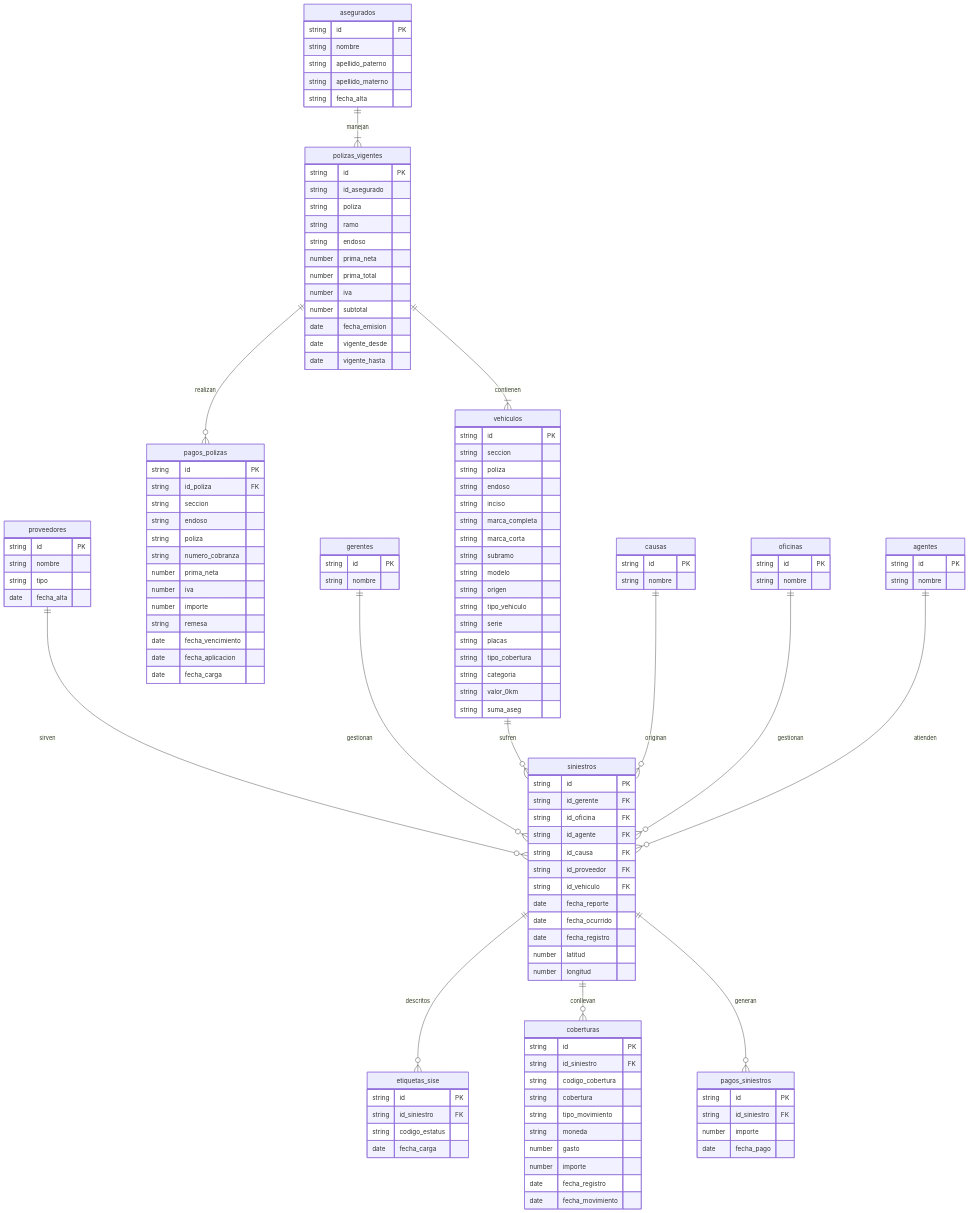
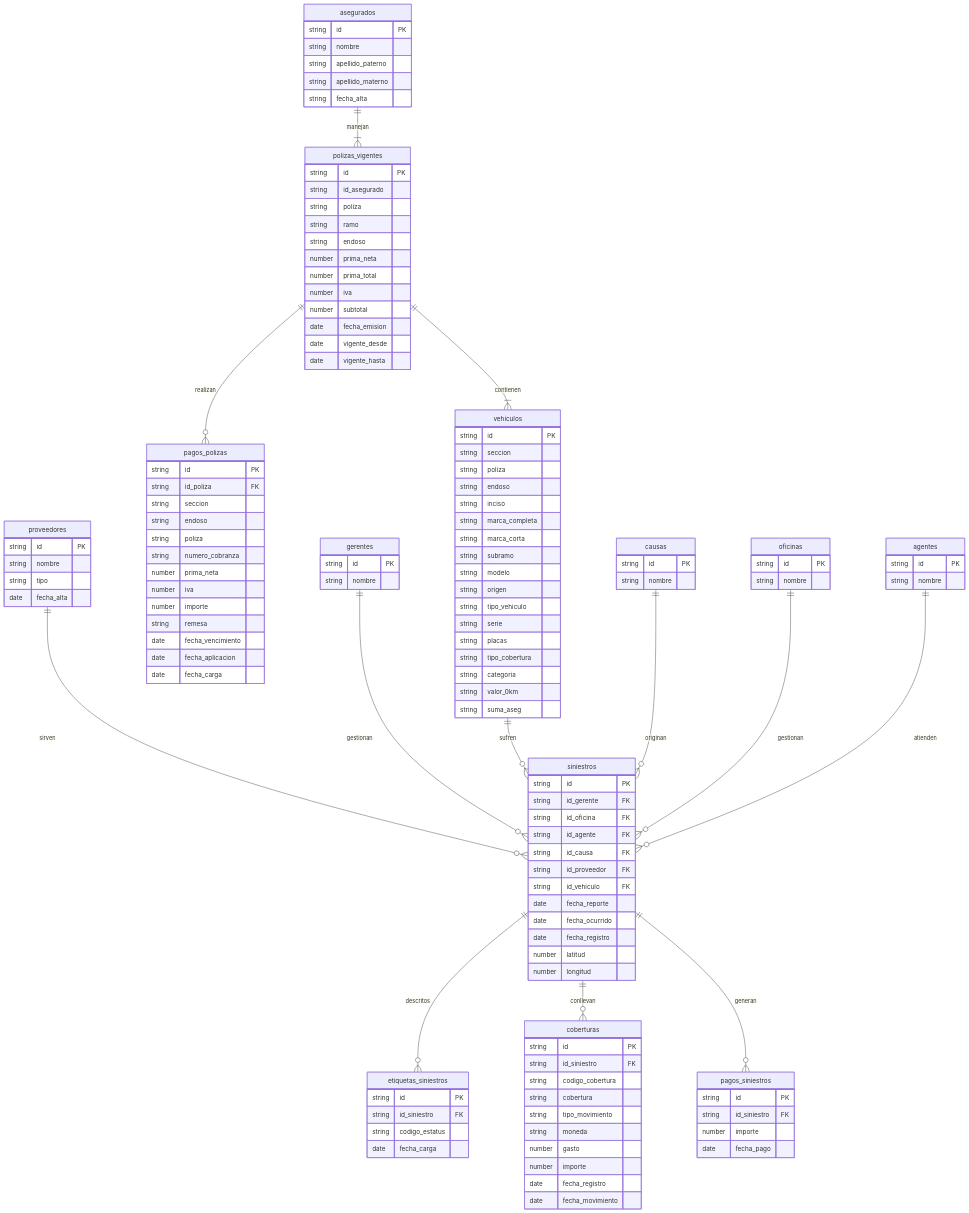
Before and after one commit to BernardoColoradoDubois/qualitas-fraudes-data: the diagram in docs/fraudes.mermaid, drawn with Mermaid. The commit also changed 29 other files, not shown here.

```diff
--- a/docs/fraudes.mermaid
+++ b/docs/fraudes.mermaid
@@ -1,153 +1,153 @@
 erDiagram
 
 asegurados ||--|{ polizas_vigentes : manejan
 
 polizas_vigentes ||--|{ vehiculos : contienen
 
 polizas_vigentes ||--o{ pagos_polizas : realizan
 
 proveedores ||--o{ siniestros : sirven
 
 gerentes ||--o{ siniestros : gestionan
 
 vehiculos ||--o{ siniestros : sufren
 
 causas ||--o{ siniestros : originan
 
 oficinas ||--o{ siniestros : gestionan
 
 agentes ||--o{ siniestros : atienden
 
-siniestros ||--o{ etiquetas_sise : descritos
+siniestros ||--o{ etiquetas_siniestros : descritos
 
 siniestros ||--o{ coberturas : conllevan
 
 siniestros ||--o{ pagos_siniestros : generan
 
 proveedores {
     string id PK
     string nombre
     string tipo
     date fecha_alta 
 }
 
 asegurados {
     string id PK
     string nombre
     string apellido_paterno
     string apellido_materno
     string fecha_alta
 }
 
 polizas_vigentes {
     string id PK
     string id_asegurado
     string poliza
     string ramo
     string endoso
     number prima_neta
     number prima_total
     number iva
     number subtotal
     date fecha_emision
     date vigente_desde
     date vigente_hasta
 }
 
 pagos_polizas {
     string id PK
     string id_poliza FK
     string seccion
     string endoso
     string poliza
     string numero_cobranza
     number prima_neta
     number iva
     number importe
     string remesa
     date fecha_vencimiento
     date fecha_aplicacion
     date fecha_carga
 }
 
 vehiculos {
     string id PK
     string seccion
     string poliza
     string endoso
     string inciso
     string marca_completa
     string marca_corta
     string subramo
     string modelo
     string origen
     string tipo_vehiculo
     string serie
     string placas
     string tipo_cobertura
     string categoria
     string valor_0km
     string suma_aseg
 }
 
 causas {
     string id PK
     string nombre
 }
 
-etiquetas_sise {
+etiquetas_siniestros {
     string id PK
     string id_siniestro FK
     string codigo_estatus
     date fecha_carga
 }
 
 coberturas {
     string id PK
     string id_siniestro FK
     string codigo_cobertura
     string cobertura
     string tipo_movimiento
     string moneda
     number gasto
     number importe
     date fecha_registro
     date fecha_movimiento
 }
 
 pagos_siniestros {
     string id PK
     string id_siniestro FK
     number importe
     date fecha_pago
 }
 
 gerentes {
     string id PK
     string nombre
 }
 
 oficinas {
     string id PK
     string nombre
 }
 
 siniestros {
     string id PK
     string id_gerente FK
     string id_oficina FK
     string id_agente FK
     string id_causa FK
     string id_proveedor FK
     string id_vehiculo FK
     date fecha_reporte
     date fecha_ocurrido
     date fecha_registro
     number latitud
     number longitud
 }
 
 agentes {
     string id PK
     string nombre
 }
```
